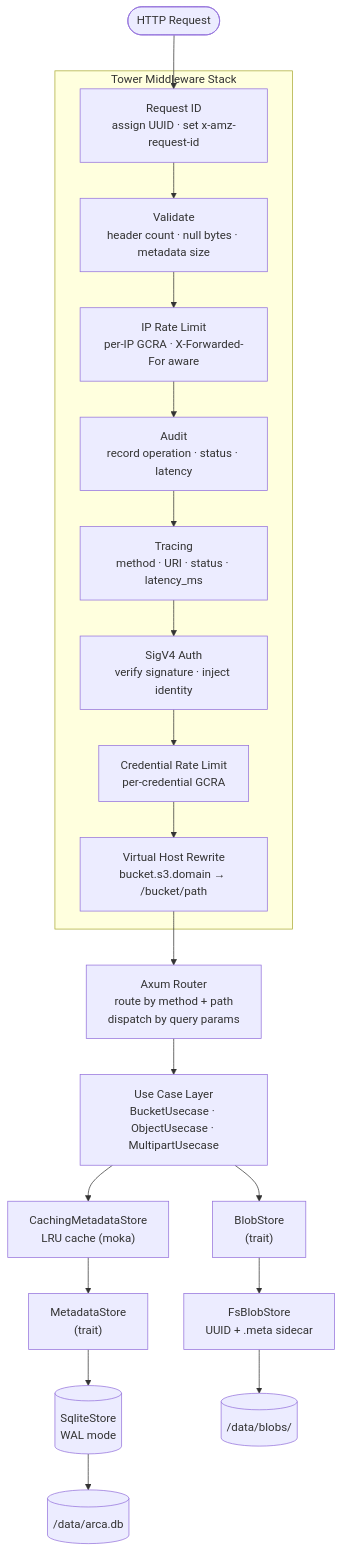
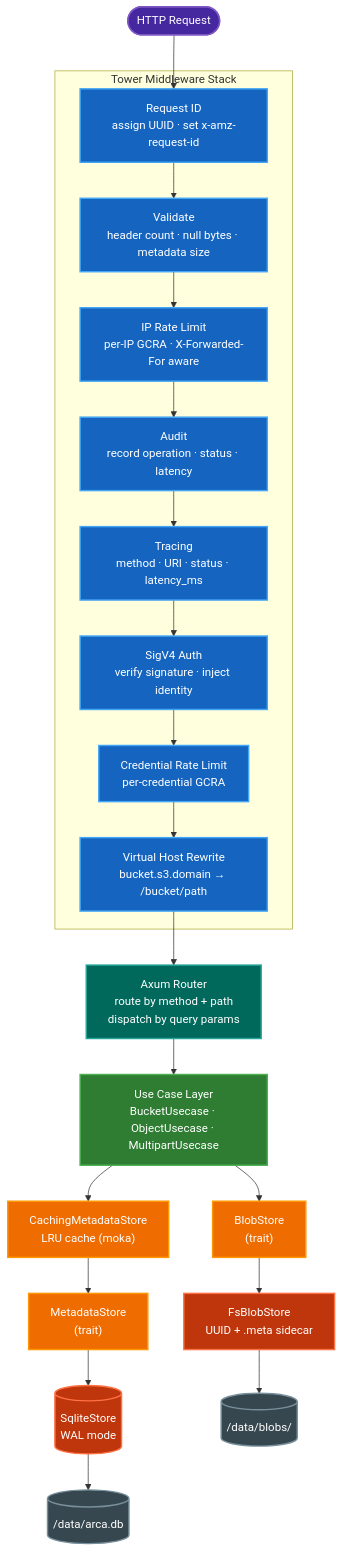
The third of 5 diagrams in documentation/docs/reference/architecture.md (dxc-technology/arca), drawn with Mermaid before and after one commit. The commit also changed other lines of this file and 26 other files, not shown here.

First line of the commit message:
Fix Mermaid diagram contrast in light/dark themes

````diff
--- a/documentation/docs/reference/architecture.md
+++ b/documentation/docs/reference/architecture.md
@@ -77,32 +82,51 @@
 ```mermaid
 flowchart TD
     REQ(["HTTP Request"]) --> MW0
 
     subgraph MIDDLEWARE["Tower Middleware Stack"]
         MW0["Request ID<br/>assign UUID · set x-amz-request-id"]
         MW1["Validate<br/>header count · null bytes · metadata size"]
         MW2["IP Rate Limit<br/>per-IP GCRA · X-Forwarded-For aware"]
         MW3["Audit<br/>record operation · status · latency"]
         MW4["Tracing<br/>method · URI · status · latency_ms"]
         MW5["SigV4 Auth<br/>verify signature · inject identity"]
         MW6["Credential Rate Limit<br/>per-credential GCRA"]
         MW7["Virtual Host Rewrite<br/>bucket.s3.domain → /bucket/path"]
     end
 
     MW0 --> MW1 --> MW2 --> MW3 --> MW4 --> MW5 --> MW6 --> MW7
 
     MW7 --> ROUTER["Axum Router<br/>route by method + path<br/>dispatch by query params"]
 
     ROUTER --> UC["Use Case Layer<br/>BucketUsecase · ObjectUsecase · MultipartUsecase"]
 
     UC --> CACHE["CachingMetadataStore<br/>LRU cache (moka)"]
     UC --> BLOB["BlobStore<br/>(trait)"]
 
     CACHE --> META["MetadataStore<br/>(trait)"]
 
     META --> SQLITE[("SqliteStore<br/>WAL mode")]
     BLOB --> FS["FsBlobStore<br/>UUID + .meta sidecar"]
 
     FS --> DISK[("/data/blobs/")]
     SQLITE --> DB[("/data/arca.db")]
+
+    style REQ fill:#4527a0,stroke:#7e57c2,stroke-width:2px,color:#fff
+    style MW0 fill:#1565c0,stroke:#42a5f5,stroke-width:2px,color:#fff
+    style MW1 fill:#1565c0,stroke:#42a5f5,stroke-width:2px,color:#fff
+    style MW2 fill:#1565c0,stroke:#42a5f5,stroke-width:2px,color:#fff
+    style MW3 fill:#1565c0,stroke:#42a5f5,stroke-width:2px,color:#fff
+    style MW4 fill:#1565c0,stroke:#42a5f5,stroke-width:2px,color:#fff
+    style MW5 fill:#1565c0,stroke:#42a5f5,stroke-width:2px,color:#fff
+    style MW6 fill:#1565c0,stroke:#42a5f5,stroke-width:2px,color:#fff
+    style MW7 fill:#1565c0,stroke:#42a5f5,stroke-width:2px,color:#fff
+    style ROUTER fill:#00695c,stroke:#26a69a,stroke-width:2px,color:#fff
+    style UC fill:#2e7d32,stroke:#4caf50,stroke-width:2px,color:#fff
+    style CACHE fill:#ef6c00,stroke:#ff9800,stroke-width:2px,color:#fff
+    style BLOB fill:#ef6c00,stroke:#ff9800,stroke-width:2px,color:#fff
+    style META fill:#ef6c00,stroke:#ff9800,stroke-width:2px,color:#fff
+    style SQLITE fill:#bf360c,stroke:#ff7043,stroke-width:2px,color:#fff
+    style FS fill:#bf360c,stroke:#ff7043,stroke-width:2px,color:#fff
+    style DISK fill:#37474f,stroke:#78909c,stroke-width:2px,color:#fff
+    style DB fill:#37474f,stroke:#78909c,stroke-width:2px,color:#fff
 ```
````
